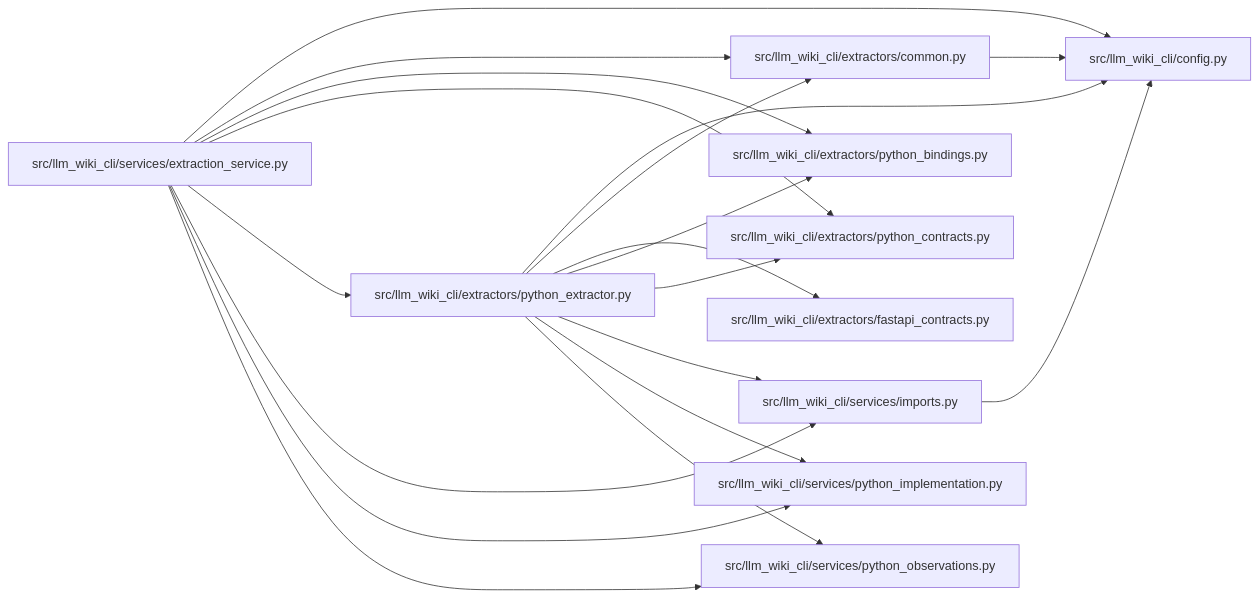
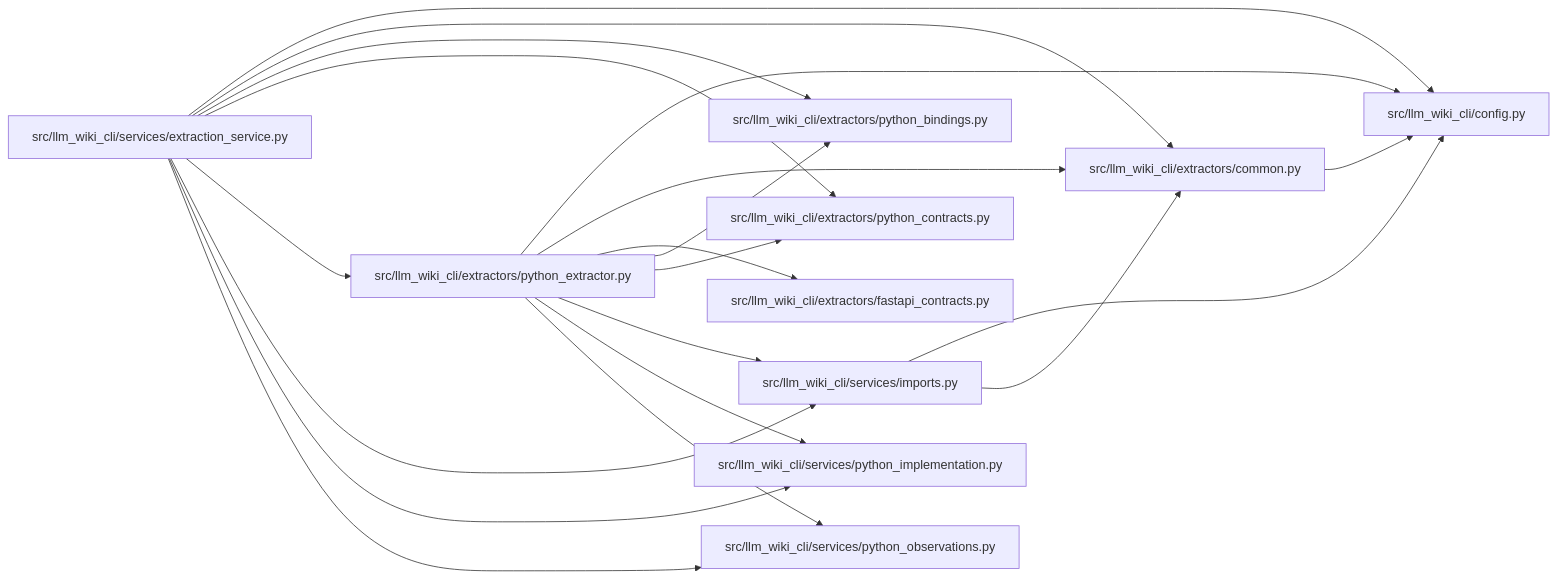
The diagram in docs/llm_wiki/modules/python_extractor.md (Denissvgn/python-wiki-llm), drawn with Mermaid before and after one commit. The commit also changed 374 other files, not shown here.

````diff
--- a/docs/llm_wiki/modules/python_extractor.md
+++ b/docs/llm_wiki/modules/python_extractor.md
@@ -29,41 +29,42 @@
 ```mermaid
 flowchart LR
     n0["src/llm_wiki_cli/config.py"]
     n1["src/llm_wiki_cli/extractors/common.py"]
     n2["src/llm_wiki_cli/extractors/fastapi_contracts.py"]
     n3["src/llm_wiki_cli/extractors/python_bindings.py"]
     n4["src/llm_wiki_cli/extractors/python_contracts.py"]
     n5["src/llm_wiki_cli/extractors/python_extractor.py"]
     n6["src/llm_wiki_cli/services/extraction_service.py"]
     n7["src/llm_wiki_cli/services/imports.py"]
     n8["src/llm_wiki_cli/services/python_implementation.py"]
     n9["src/llm_wiki_cli/services/python_observations.py"]
     n1 --> n0
     n5 --> n0
     n5 --> n1
     n5 --> n2
     n5 --> n3
     n5 --> n4
     n5 --> n7
     n5 --> n8
     n5 --> n9
     n6 --> n0
     n6 --> n1
     n6 --> n3
     n6 --> n4
     n6 --> n5
     n6 --> n7
     n6 --> n8
     n6 --> n9
     n7 --> n0
+    n7 --> n1
     click n0 "../modules/config.md"
     click n1 "../modules/common.md"
     click n2 "../modules/fastapi_contracts.md"
     click n3 "../modules/python_bindings.md"
     click n4 "../modules/python_contracts.md"
     click n5 "../modules/python_extractor.md"
     click n6 "../modules/extraction_service.md"
     click n7 "../modules/imports.md"
     click n8 "../modules/python_implementation.md"
     click n9 "../modules/python_observations.md"
 ```
````
